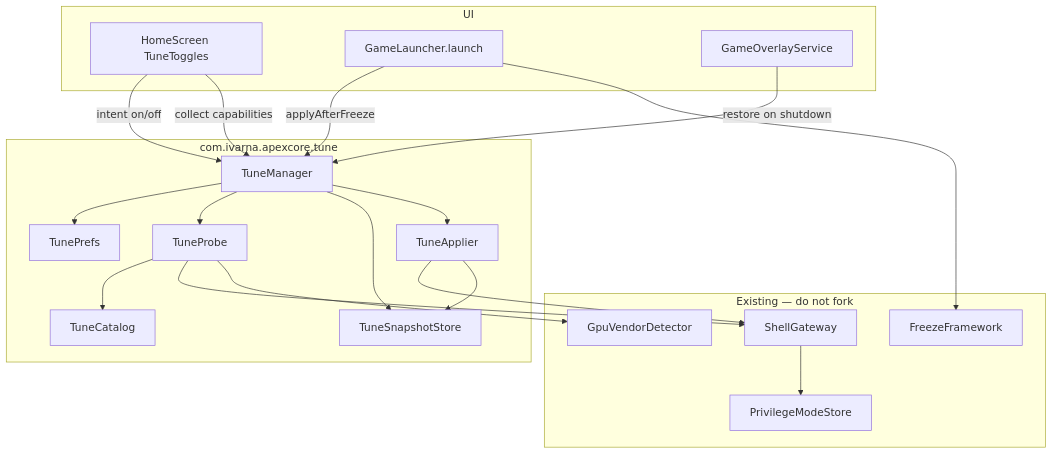
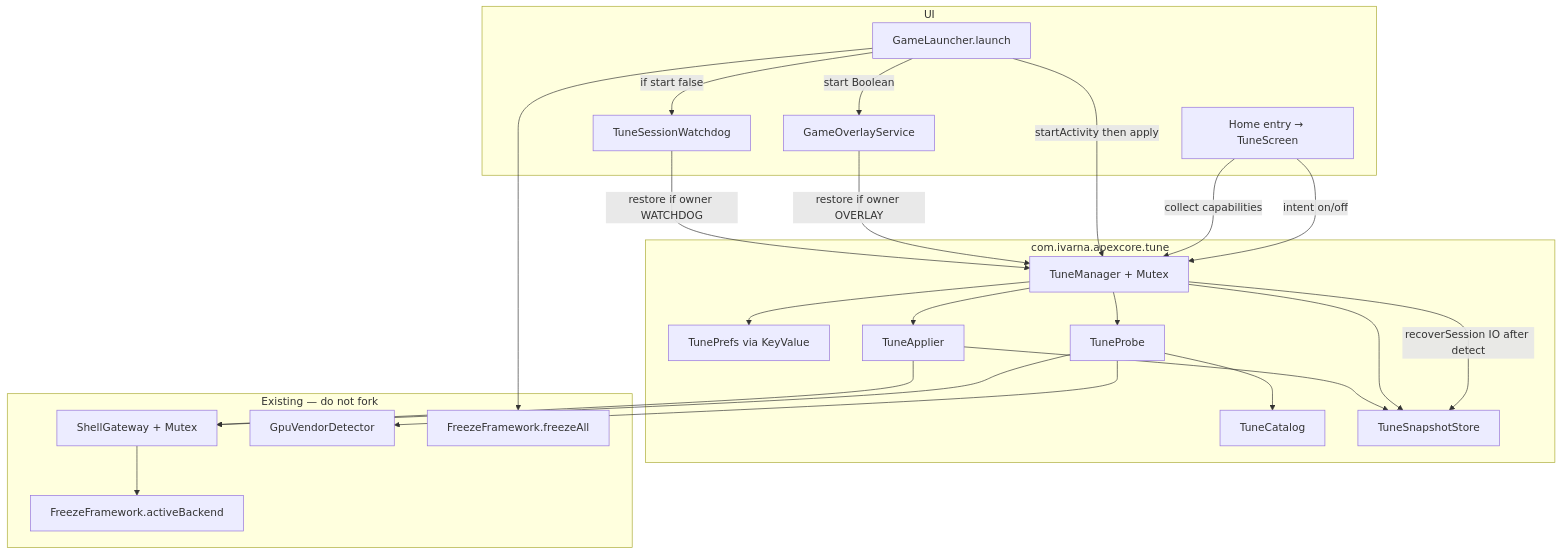
Before and after one commit to abhay-byte/apexcore: the first of 2 diagrams in docs/plans/T12-real-game-optimisation.md, drawn with Mermaid. The commit also changed other lines of this file and 2 other files, not shown here.

````diff
--- a/docs/plans/T12-real-game-optimisation.md
+++ b/docs/plans/T12-real-game-optimisation.md
@@ -157,41 +177,46 @@
 ```mermaid
 flowchart TB
   subgraph ui [UI]
-    Home[HomeScreen TuneToggles]
+    Home[Home entry → TuneScreen]
     Launch[GameLauncher.launch]
     Overlay[GameOverlayService]
+    WD[TuneSessionWatchdog]
   end
 
   subgraph facade [com.ivarna.apexcore.tune]
-    TM[TuneManager]
-    Prefs[TunePrefs]
+    TM[TuneManager + Mutex]
+    Prefs[TunePrefs via KeyValue]
     Probe[TuneProbe]
     Catalog[TuneCatalog]
     Snap[TuneSnapshotStore]
     Apply[TuneApplier]
   end
 
   subgraph existing [Existing — do not fork]
-    SG[ShellGateway]
-    PM[PrivilegeModeStore]
+    SG[ShellGateway + Mutex]
+    FF[FreezeFramework.activeBackend]
     GPU[GpuVendorDetector]
-    FF[FreezeFramework]
+    Freeze[FreezeFramework.freezeAll]
   end
 
   Home -->|intent on/off| TM
   Home -->|collect capabilities| TM
-  Launch -->|applyAfterFreeze| TM
-  Overlay -->|restore on shutdown| TM
+  Launch -->|startActivity then apply| TM
+  Launch -->|start Boolean| Overlay
+  Launch -->|if start false| WD
+  Overlay -->|restore if owner OVERLAY| TM
+  WD -->|restore if owner WATCHDOG| TM
+  TM -->|recoverSession IO after detect| Snap
 
   TM --> Prefs
   TM --> Probe
   TM --> Snap
   TM --> Apply
   Probe --> Catalog
   Probe --> SG
   Probe --> GPU
   Apply --> SG
   Apply --> Snap
-  SG --> PM
-  Launch --> FF
+  SG --> FF
+  Launch --> Freeze
 ```
````
